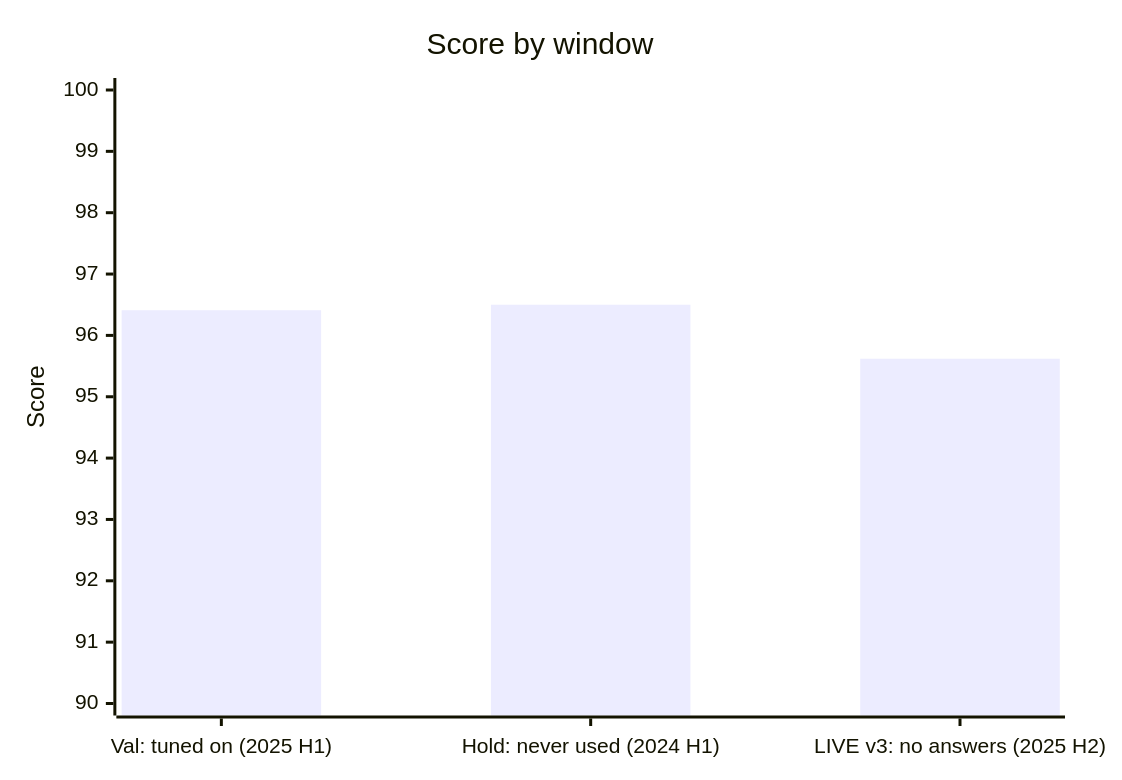
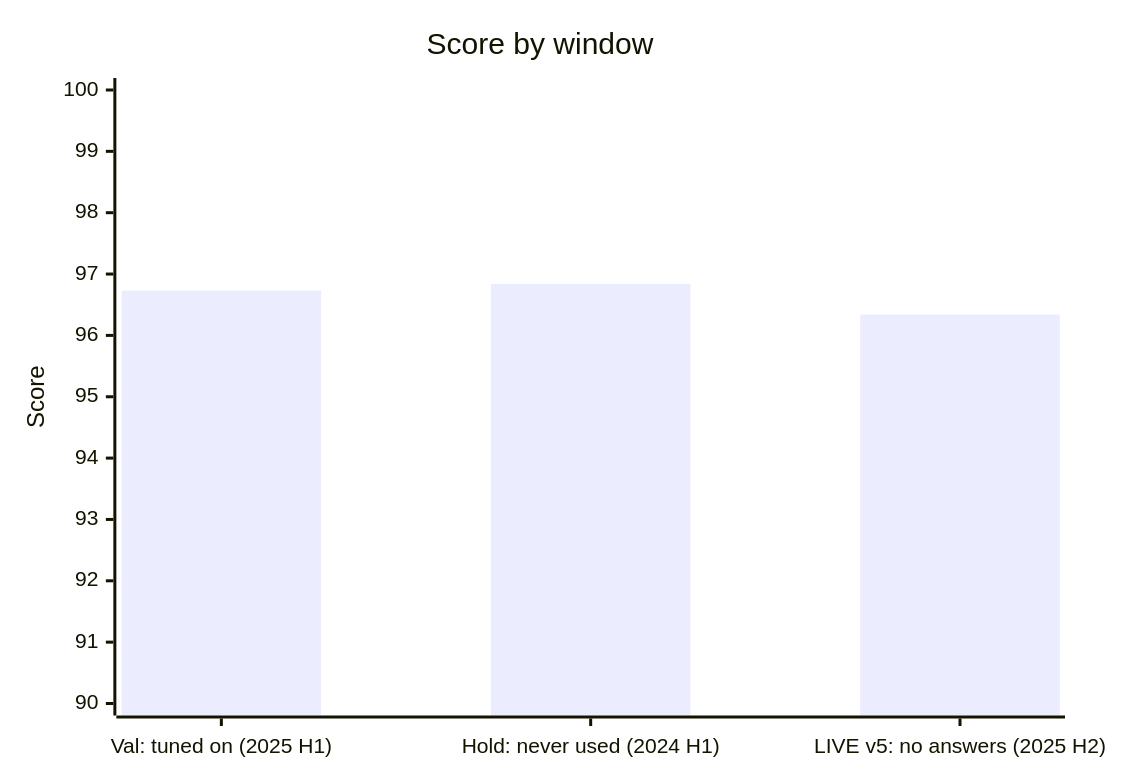
Before and after one commit to KennyHc/hackathon-claude: the first of 3 diagrams in OVERFITTING_CHECKS.md, drawn with Mermaid. The commit also changed other lines of this file and 22 other files, not shown here.

````diff
--- a/OVERFITTING_CHECKS.md
+++ b/OVERFITTING_CHECKS.md
@@ -473,7 +478,7 @@
 ```mermaid
 xychart-beta
     title "Score by window"
-    x-axis ["Val: tuned on (2025 H1)", "Hold: never used (2024 H1)", "LIVE v3: no answers (2025 H2)"]
+    x-axis ["Val: tuned on (2025 H1)", "Hold: never used (2024 H1)", "LIVE v5: no answers (2025 H2)"]
     y-axis "Score" 90 --> 100
-    bar [96.41, 96.50, 95.62]
+    bar [96.73, 96.84, 96.34]
 ```
````
